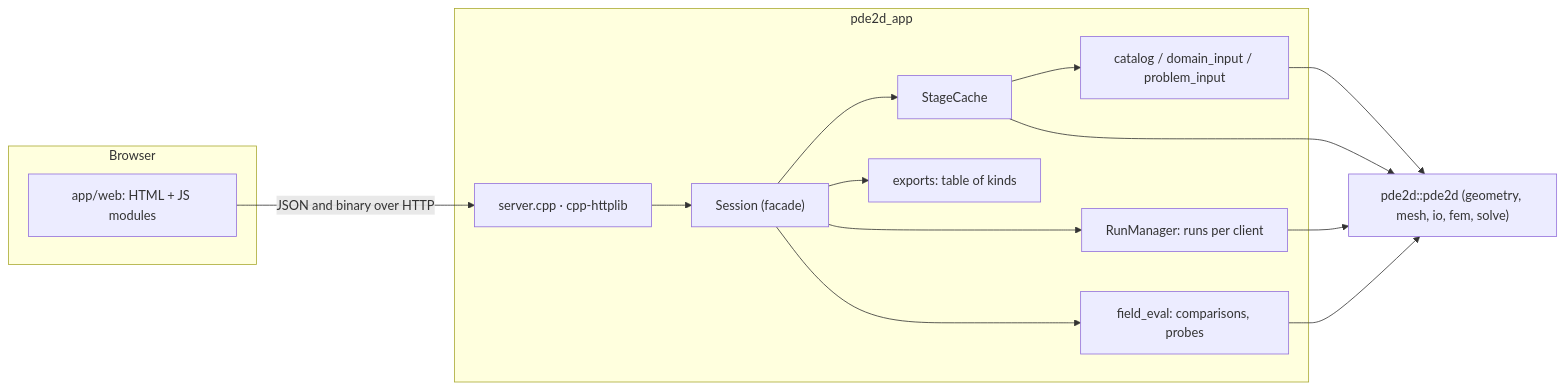
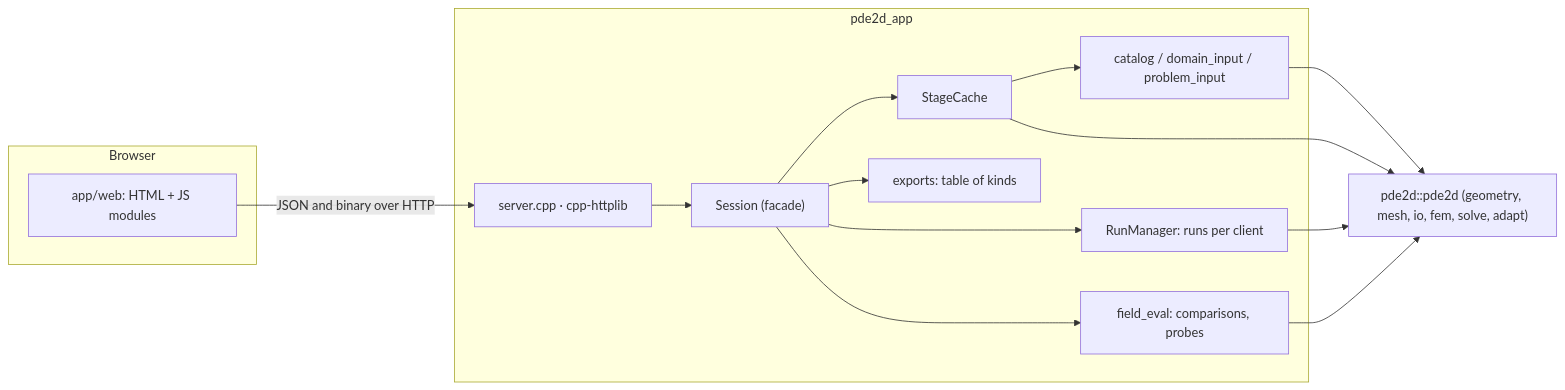
The diagram in docs/app.md (dmglushko/2d-pde), drawn with Mermaid before and after one commit. The commit also changed other lines of this file and 3 other files, not shown here.

````diff
--- a/docs/app.md
+++ b/docs/app.md
@@ -54,28 +54,28 @@
 ```mermaid
 flowchart LR
     subgraph Browser
         PAGE["app/web: HTML + JS modules"]
     end
     subgraph pde2d_app
         SERVER["server.cpp · cpp-httplib"]
         SESSION["Session (facade)"]
         CACHE["StageCache"]
         RUNS["RunManager: runs per client"]
         EVAL["field_eval: comparisons, probes"]
         EXPORTS["exports: table of kinds"]
         INPUT["catalog / domain_input / problem_input"]
     end
-    LIB["pde2d::pde2d (geometry, mesh, io, fem, solve)"]
+    LIB["pde2d::pde2d (geometry, mesh, io, fem, solve, adapt)"]
 
     PAGE -- "JSON and binary over HTTP" --> SERVER
     SERVER --> SESSION
     SESSION --> CACHE
     SESSION --> RUNS
     SESSION --> EVAL
     SESSION --> EXPORTS
     CACHE --> INPUT
     INPUT --> LIB
     CACHE --> LIB
     RUNS --> LIB
     EVAL --> LIB
 ```
````
